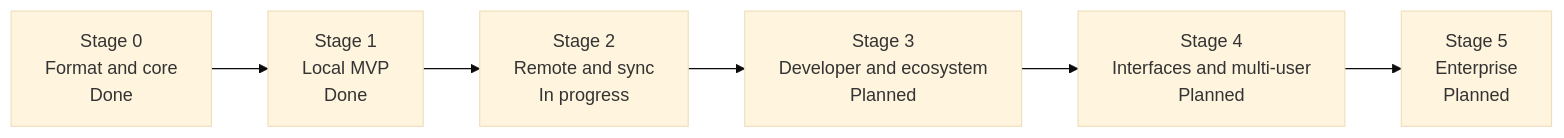
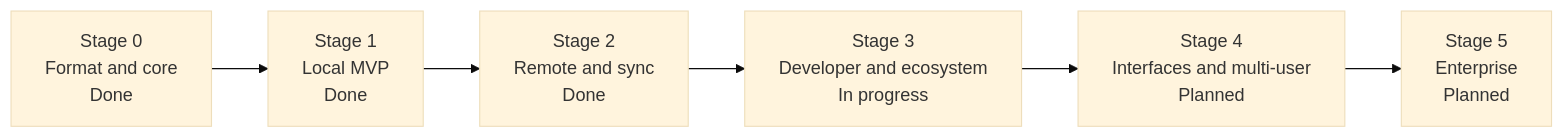
One commit to efe-clk/apeiron changed the diagram in docs/ROADMAP.md. Above: the diagram before and after it, drawn with Mermaid (base theme). The commit also changed other lines of this file and 8 other files, not shown here.

````diff
--- a/docs/ROADMAP.md
+++ b/docs/ROADMAP.md
@@ -11,10 +11,10 @@
 ```mermaid
 flowchart LR
     S0["Stage 0<br/>Format and core<br/>Done"]
     S1["Stage 1<br/>Local MVP<br/>Done"]
-    S2["Stage 2<br/>Remote and sync<br/>In progress"]
-    S3["Stage 3<br/>Developer and ecosystem<br/>Planned"]
+    S2["Stage 2<br/>Remote and sync<br/>Done"]
+    S3["Stage 3<br/>Developer and ecosystem<br/>In progress"]
     S4["Stage 4<br/>Interfaces and multi-user<br/>Planned"]
     S5["Stage 5<br/>Enterprise<br/>Planned"]
     S0 --> S1 --> S2 --> S3 --> S4 --> S5
 ```
````
